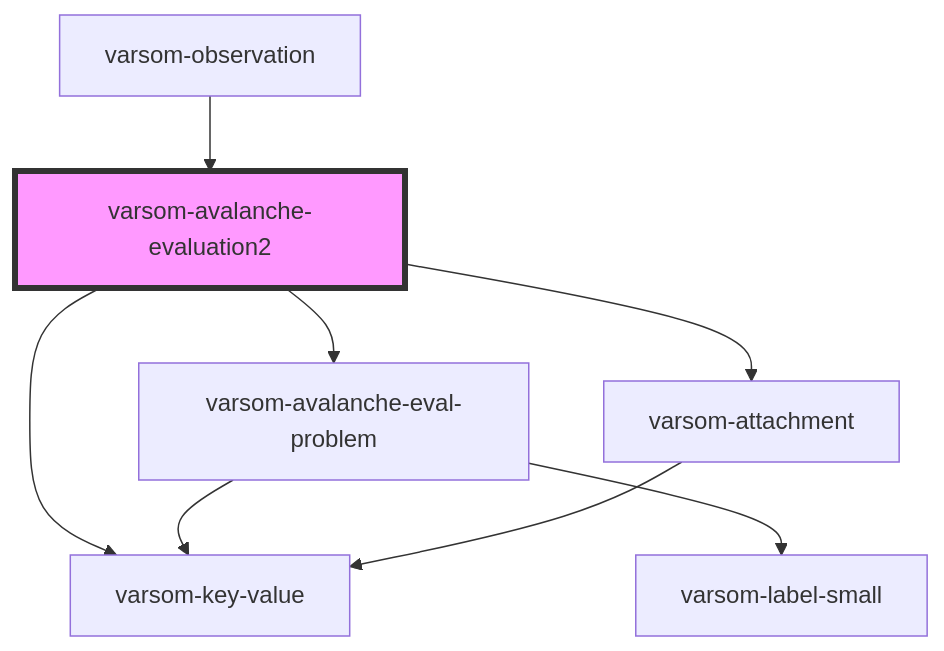
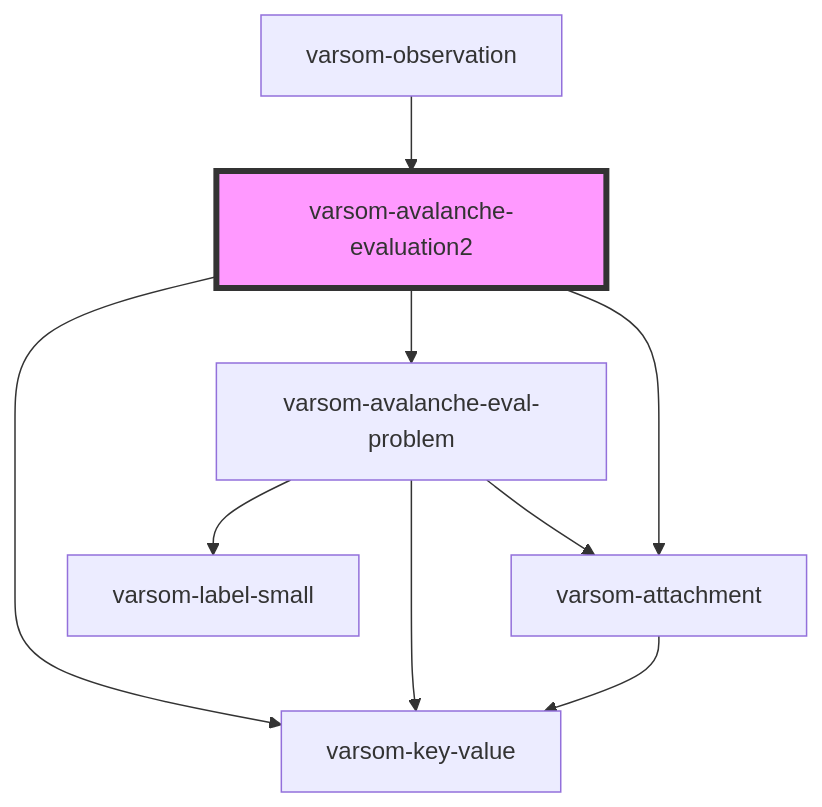
The diagram in src/components/varsom-avalanche-evaluation2/readme.md (NVE/varsom-observation), drawn with Mermaid before and after one commit. The commit also changed other lines of this file and 46 other files, not shown here.

````diff
--- a/src/components/varsom-avalanche-evaluation2/readme.md
+++ b/src/components/varsom-avalanche-evaluation2/readme.md
@@ -43,11 +42,12 @@
 ```mermaid
 graph TD;
   varsom-avalanche-evaluation2 --> varsom-key-value
   varsom-avalanche-evaluation2 --> varsom-avalanche-eval-problem
   varsom-avalanche-evaluation2 --> varsom-attachment
   varsom-avalanche-eval-problem --> varsom-label-small
   varsom-avalanche-eval-problem --> varsom-key-value
+  varsom-avalanche-eval-problem --> varsom-attachment
   varsom-attachment --> varsom-key-value
   varsom-observation --> varsom-avalanche-evaluation2
   style varsom-avalanche-evaluation2 fill:#f9f,stroke:#333,stroke-width:4px
 ```
````
